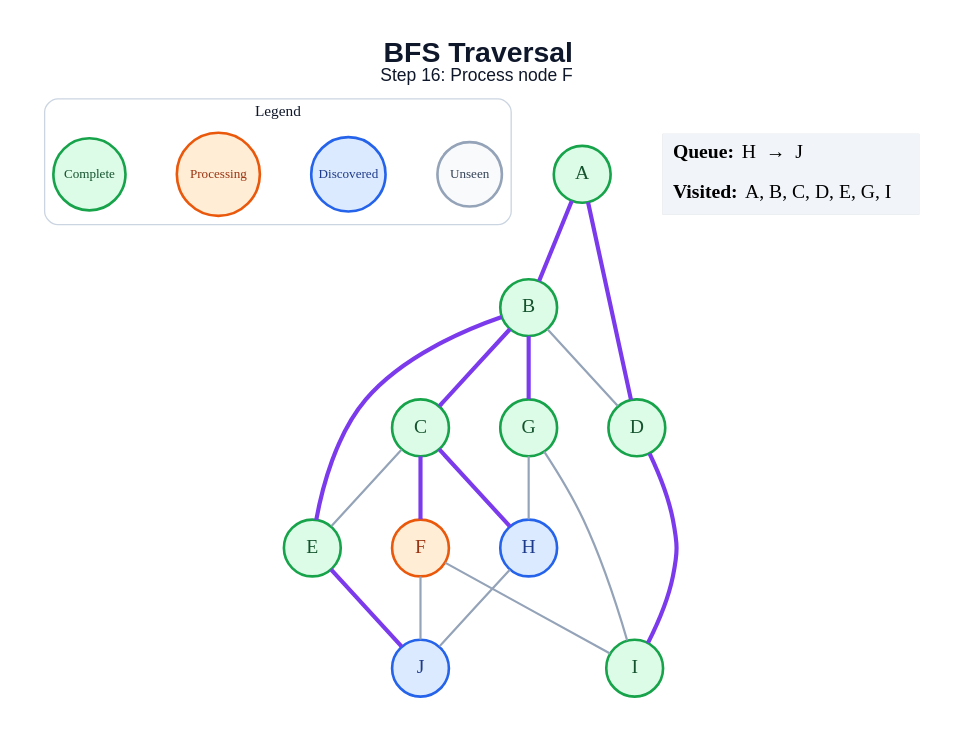
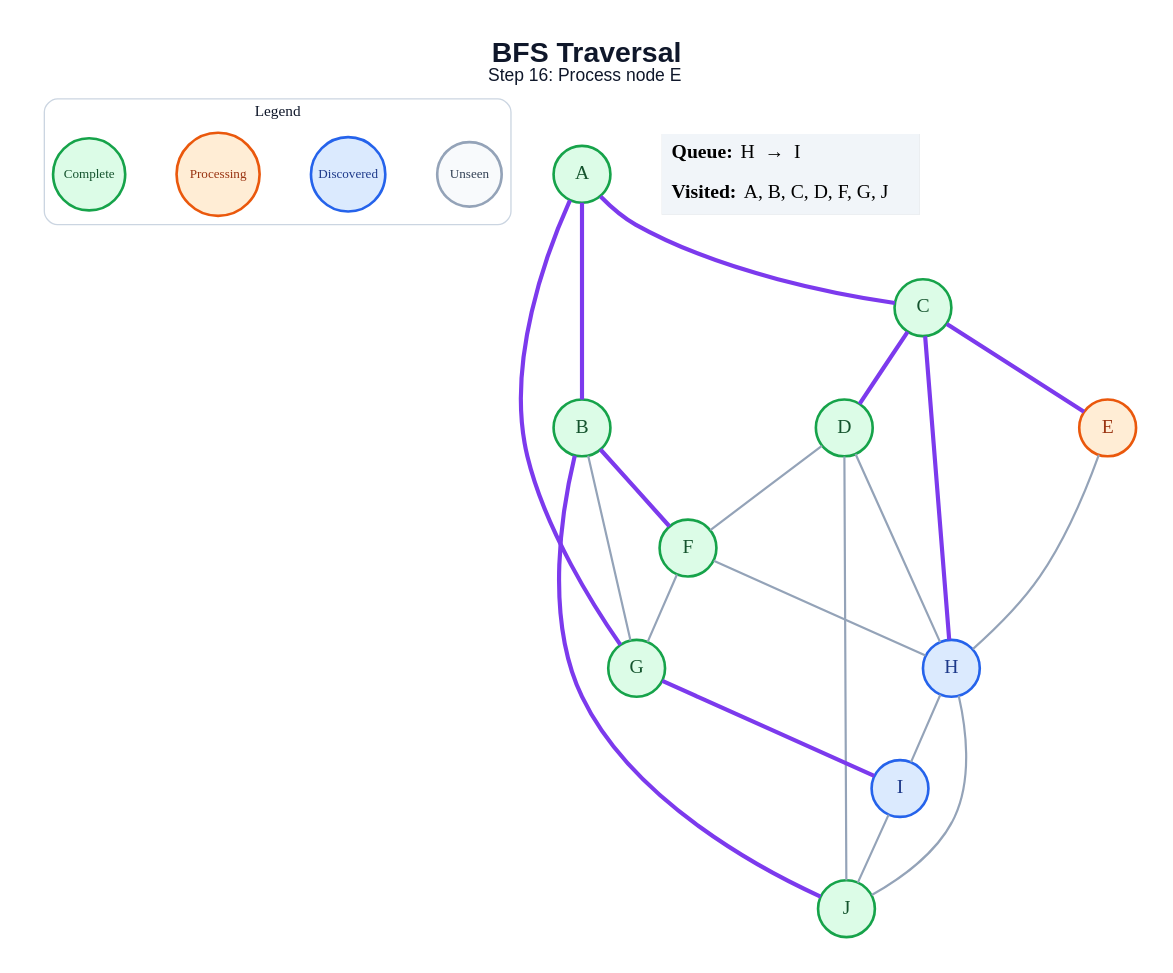
The diagram in generated/bfs/step_16.dot (amanghodawala9/ai-slop), drawn with Graphviz before and after one commit. The commit also changed 178 other files, not shown here.

```diff
--- a/generated/bfs/step_16.dot
+++ b/generated/bfs/step_16.dot
@@ -1,45 +1,48 @@
 graph traversal {
   graph [layout=dot, rankdir=TB, bgcolor="#FFFFFF", pad="0.35", nodesep="0.65", ranksep="0.8", fontname="Arial"];
   node [shape=circle, style="filled", fontname="Arial Bold", fontsize=18, width=0.72, fixedsize=true, penwidth=2.4];
   edge [color="#94A3B8", penwidth=2.0];
-  label=<<B>BFS Traversal</B><BR/><FONT POINT-SIZE="16">Step 16: Process node F</FONT>>; labelloc="t"; fontsize=26; fontname="Arial"; fontcolor="#0F172A";
+  label=<<B>BFS Traversal</B><BR/><FONT POINT-SIZE="16">Step 16: Process node E</FONT>>; labelloc="t"; fontsize=26; fontname="Arial"; fontcolor="#0F172A";
   subgraph cluster_legend { label="Legend"; color="#CBD5E1"; penwidth=1.2; style="rounded"; fontsize=14; fontname="Arial Bold";
     key_unseen [label="Unseen", fillcolor="#F8FAFC", color="#94A3B8", fontcolor="#334155", fontsize=12, width=0.82];
     key_frontier [label="Discovered", fillcolor="#DBEAFE", color="#2563EB", fontcolor="#1E3A8A", fontsize=12, width=0.95];
     key_current [label="Processing", fillcolor="#FFEDD5", color="#EA580C", fontcolor="#9A3412", fontsize=12, width=1.05];
     key_done [label="Complete", fillcolor="#DCFCE7", color="#16A34A", fontcolor="#14532D", fontsize=12, width=0.92];
     { rank=same; key_unseen; key_frontier; key_current; key_done; }
   }
   A [fillcolor="#DCFCE7", color="#16A34A", fontcolor="#14532D"];
   B [fillcolor="#DCFCE7", color="#16A34A", fontcolor="#14532D"];
   C [fillcolor="#DCFCE7", color="#16A34A", fontcolor="#14532D"];
   D [fillcolor="#DCFCE7", color="#16A34A", fontcolor="#14532D"];
-  E [fillcolor="#DCFCE7", color="#16A34A", fontcolor="#14532D"];
-  F [fillcolor="#FFEDD5", color="#EA580C", fontcolor="#9A3412"];
+  E [fillcolor="#FFEDD5", color="#EA580C", fontcolor="#9A3412"];
+  F [fillcolor="#DCFCE7", color="#16A34A", fontcolor="#14532D"];
   G [fillcolor="#DCFCE7", color="#16A34A", fontcolor="#14532D"];
   H [fillcolor="#DBEAFE", color="#2563EB", fontcolor="#1E3A8A"];
-  I [fillcolor="#DCFCE7", color="#16A34A", fontcolor="#14532D"];
-  J [fillcolor="#DBEAFE", color="#2563EB", fontcolor="#1E3A8A"];
+  I [fillcolor="#DBEAFE", color="#2563EB", fontcolor="#1E3A8A"];
+  J [fillcolor="#DCFCE7", color="#16A34A", fontcolor="#14532D"];
   A -- B [color="#7C3AED", penwidth=3.8];
-  A -- D [color="#7C3AED", penwidth=3.8];
-  B -- C [color="#7C3AED", penwidth=3.8];
-  B -- D;
-  B -- E [color="#7C3AED", penwidth=3.8];
-  B -- G [color="#7C3AED", penwidth=3.8];
-  C -- E;
-  C -- F [color="#7C3AED", penwidth=3.8];
+  A -- C [color="#7C3AED", penwidth=3.8];
+  A -- G [color="#7C3AED", penwidth=3.8];
+  B -- F [color="#7C3AED", penwidth=3.8];
+  B -- G;
+  B -- J [color="#7C3AED", penwidth=3.8];
+  C -- D [color="#7C3AED", penwidth=3.8];
+  C -- E [color="#7C3AED", penwidth=3.8];
   C -- H [color="#7C3AED", penwidth=3.8];
-  D -- I [color="#7C3AED", penwidth=3.8];
-  E -- J [color="#7C3AED", penwidth=3.8];
-  F -- I;
-  F -- J;
-  G -- H;
-  G -- I;
+  D -- F;
+  D -- H;
+  D -- J;
+  E -- H;
+  F -- G;
+  F -- H;
+  G -- I [color="#7C3AED", penwidth=3.8];
+  H -- I;
   H -- J;
+  I -- J;
   status [shape=plain, fixedsize=false, width=0, height=0, margin=0, label=<
     <TABLE BORDER="0" CELLBORDER="0" CELLPADDING="7" BGCOLOR="#F1F5F9">
-      <TR><TD ALIGN="LEFT"><B>Queue:</B> H  →  J</TD></TR>
-      <TR><TD ALIGN="LEFT"><B>Visited:</B> A, B, C, D, E, G, I</TD></TR>
+      <TR><TD ALIGN="LEFT"><B>Queue:</B> H  →  I</TD></TR>
+      <TR><TD ALIGN="LEFT"><B>Visited:</B> A, B, C, D, F, G, J</TD></TR>
     </TABLE>
   >];
 }
```
